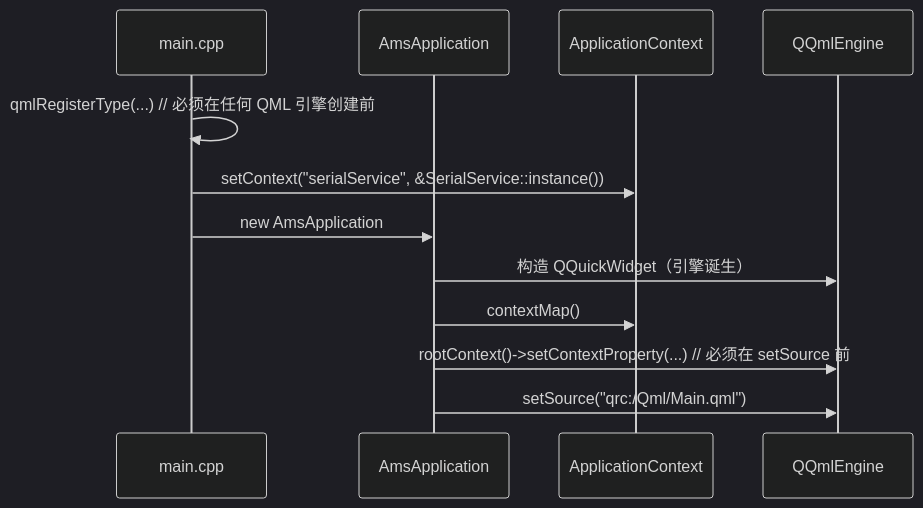
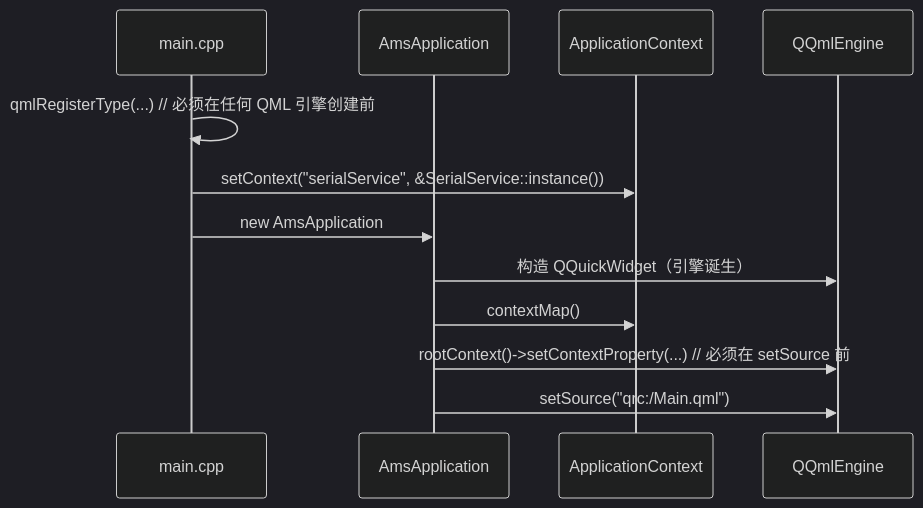
The diagram in README.md (YuMingLiDawn/DOD-D_Serial), drawn with Mermaid (dark theme) before and after one commit. The commit also changed other lines of this file and 39 other files, not shown here.

````diff
--- a/README.md
+++ b/README.md
@@ -64,14 +78,14 @@
 ```mermaid
 sequenceDiagram
     participant M as main.cpp
     participant A as AmsApplication
     participant C as ApplicationContext
     participant E as QQmlEngine
     M->>M: qmlRegisterType(...) // 必须在任何 QML 引擎创建前
     M->>C: setContext("serialService", &SerialService::instance())
     M->>A: new AmsApplication
     A->>E: 构造 QQuickWidget（引擎诞生）
     A->>C: contextMap()
     A->>E: rootContext()->setContextProperty(...) // 必须在 setSource 前
-    A->>E: setSource("qrc:/Qml/Main.qml")
+    A->>E: setSource("qrc:/Main.qml")
 ```
````
